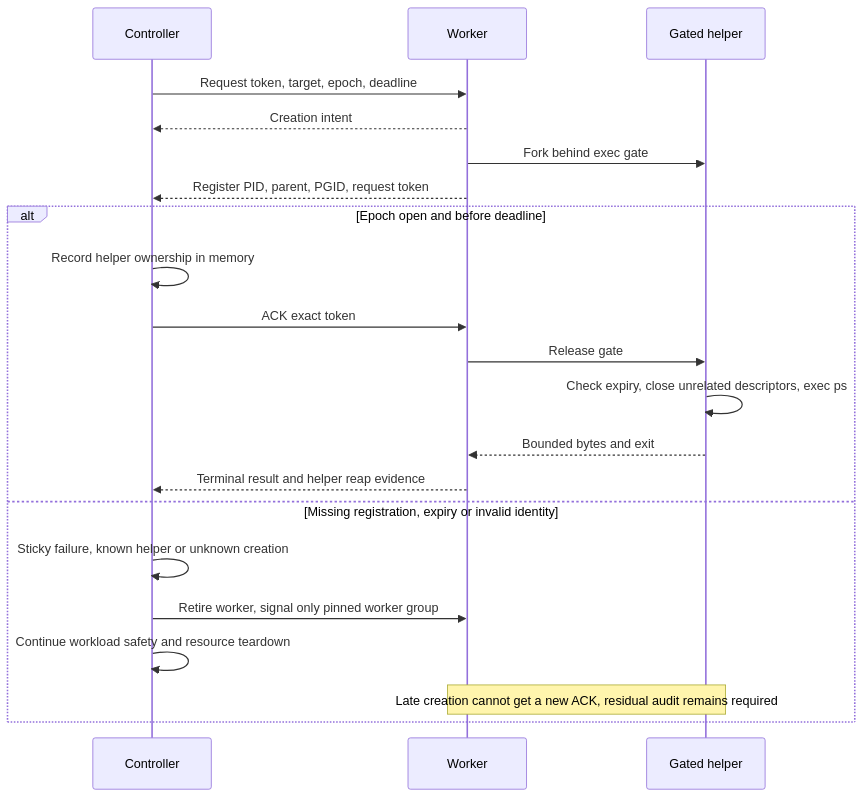
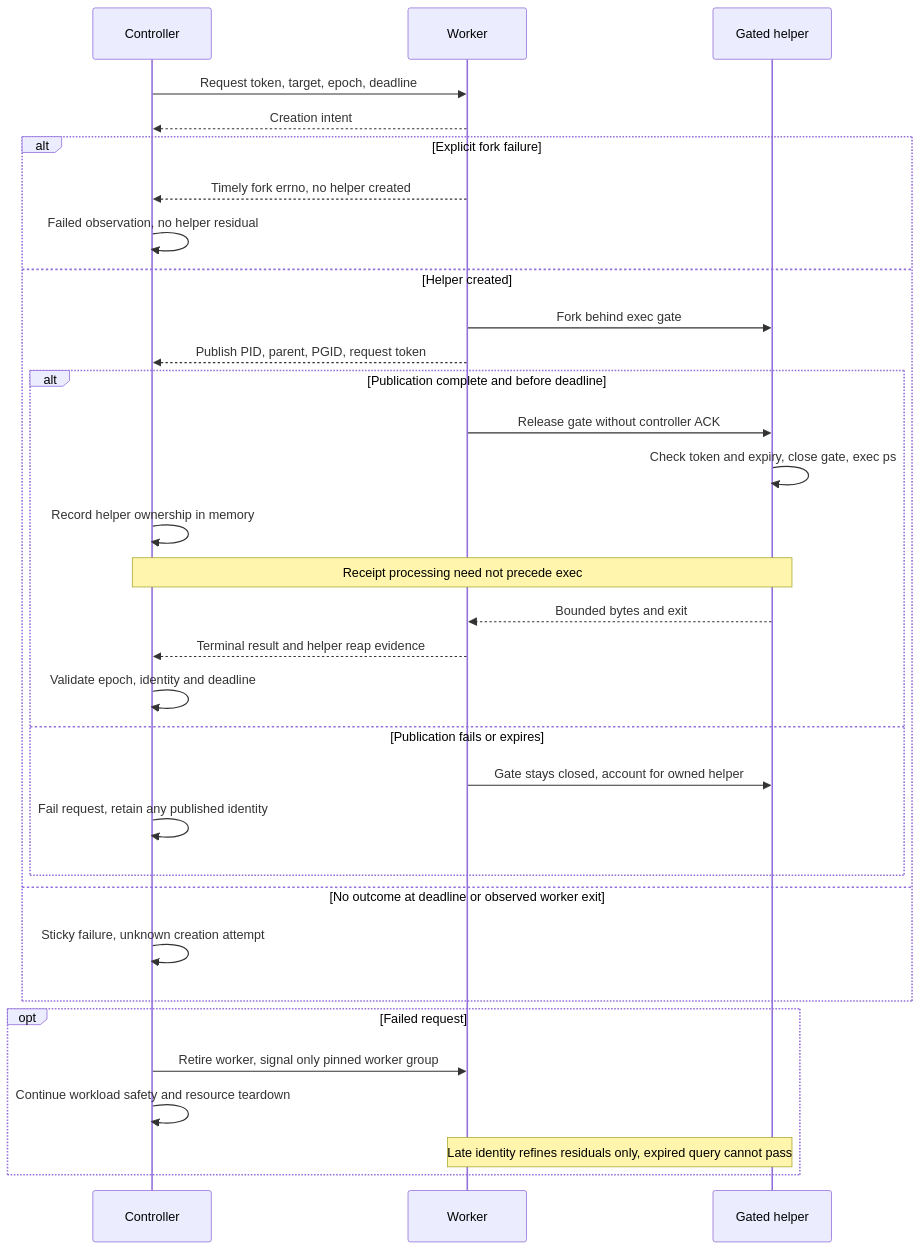
Before and after one commit to Linkuistics/TestAnyware: the diagram in docs/design/diagnostic-process-inspection/helper-start.mmd, drawn with Mermaid. The commit also changed 13 other files, not shown here.

```diff
--- a/docs/design/diagnostic-process-inspection/helper-start.mmd
+++ b/docs/design/diagnostic-process-inspection/helper-start.mmd
@@ -1,21 +1,32 @@
 sequenceDiagram
   participant C as Controller
   participant W as Worker
   participant H as Gated helper
   C->>W: Request token, target, epoch, deadline
   W-->>C: Creation intent
-  W->>H: Fork behind exec gate
-  W-->>C: Register PID, parent, PGID, request token
-  alt Epoch open and before deadline
-    C->>C: Record helper ownership in memory
-    C->>W: ACK exact token
-    W->>H: Release gate
-    H->>H: Check expiry, close unrelated descriptors, exec ps
-    H-->>W: Bounded bytes and exit
-    W-->>C: Terminal result and helper reap evidence
-  else Missing registration, expiry or invalid identity
-    C->>C: Sticky failure, known helper or unknown creation
+  alt Explicit fork failure
+    W-->>C: Timely fork errno, no helper created
+    C->>C: Failed observation, no helper residual
+  else Helper created
+    W->>H: Fork behind exec gate
+    W-->>C: Publish PID, parent, PGID, request token
+    alt Publication complete and before deadline
+      W->>H: Release gate without controller ACK
+      H->>H: Check token and expiry, close gate, exec ps
+      C->>C: Record helper ownership in memory
+      Note over C,H: Receipt processing need not precede exec
+      H-->>W: Bounded bytes and exit
+      W-->>C: Terminal result and helper reap evidence
+      C->>C: Validate epoch, identity and deadline
+    else Publication fails or expires
+      W->>H: Gate stays closed, account for owned helper
+      C->>C: Fail request, retain any published identity
+    end
+  else No outcome at deadline or observed worker exit
+    C->>C: Sticky failure, unknown creation attempt
+  end
+  opt Failed request
     C->>W: Retire worker, signal only pinned worker group
     C->>C: Continue workload safety and resource teardown
-    Note over W,H: Late creation cannot get a new ACK, residual audit remains required
+    Note over W,H: Late identity refines residuals only, expired query cannot pass
   end
```
